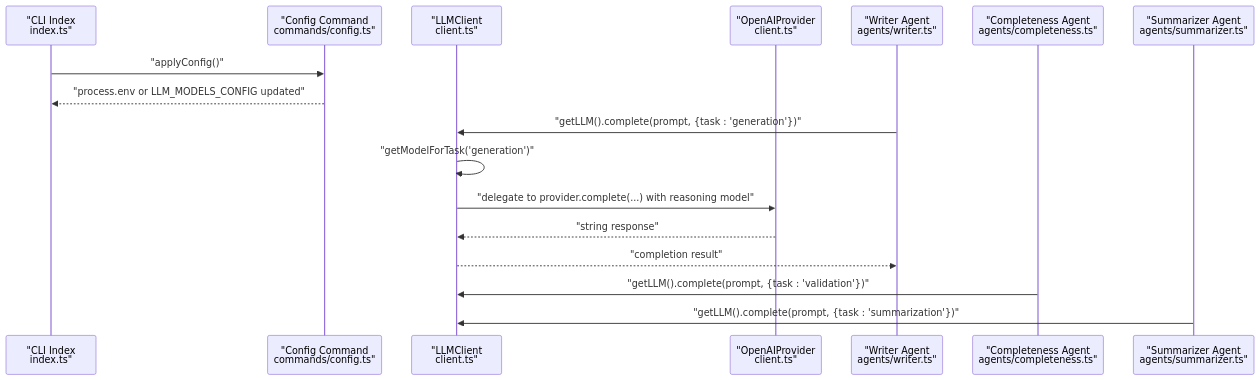
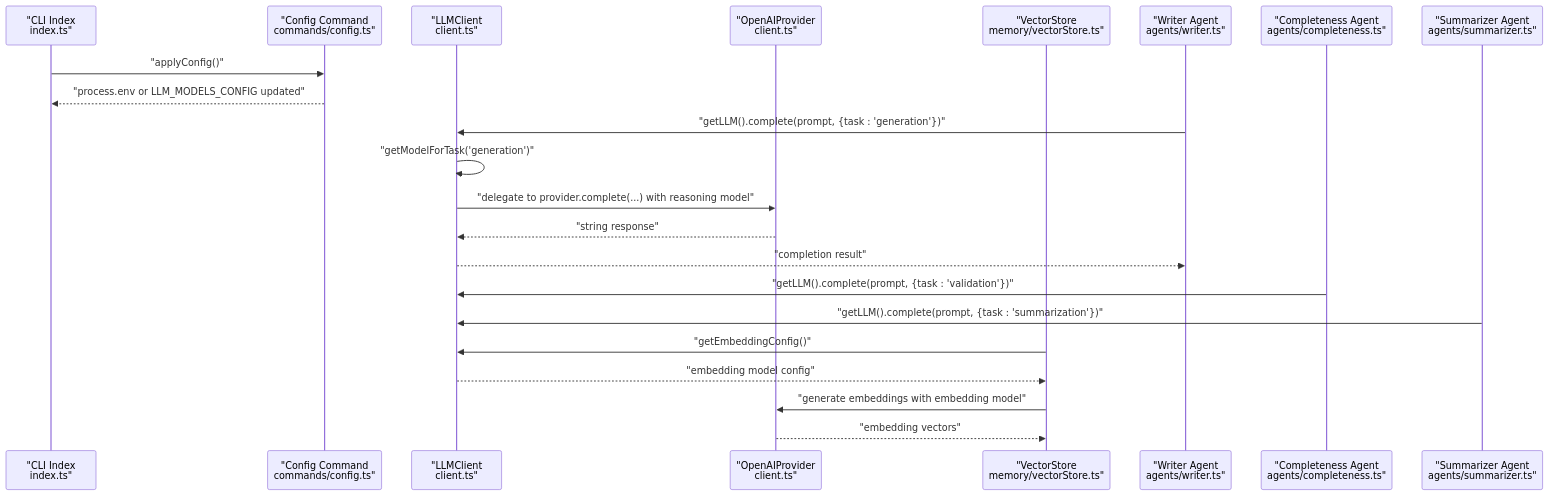
Before and after one commit to liwonder/NARRITIVE_OS: the second of 7 diagrams in .qoder/repowiki/en/content/Engine Architecture/LLM Integration Layer.md, drawn with Mermaid. The commit also changed other lines of this file and 78 other files, not shown here.

````diff
--- a/.qoder/repowiki/en/content/Engine Architecture/LLM Integration Layer.md
+++ b/.qoder/repowiki/en/content/Engine Architecture/LLM Integration Layer.md
@@ -131,19 +144,24 @@
 ```mermaid
 sequenceDiagram
 participant CLI as "CLI Index<br/>index.ts"
 participant CFG as "Config Command<br/>commands/config.ts"
 participant LLM as "LLMClient<br/>client.ts"
 participant Prov as "OpenAIProvider<br/>client.ts"
+participant VS as "VectorStore<br/>memory/vectorStore.ts"
 participant AgentW as "Writer Agent<br/>agents/writer.ts"
 participant AgentC as "Completeness Agent<br/>agents/completeness.ts"
 participant AgentS as "Summarizer Agent<br/>agents/summarizer.ts"
 CLI->>CFG : "applyConfig()"
 CFG-->>CLI : "process.env or LLM_MODELS_CONFIG updated"
 AgentW->>LLM : "getLLM().complete(prompt, {task : 'generation'})"
 LLM->>LLM : "getModelForTask('generation')"
 LLM->>Prov : "delegate to provider.complete(...) with reasoning model"
 Prov-->>LLM : "string response"
 LLM-->>AgentW : "completion result"
 AgentC->>LLM : "getLLM().complete(prompt, {task : 'validation'})"
 AgentS->>LLM : "getLLM().complete(prompt, {task : 'summarization'})"
+VS->>LLM : "getEmbeddingConfig()"
+LLM-->>VS : "embedding model config"
+VS->>Prov : "generate embeddings with embedding model"
+Prov-->>VS : "embedding vectors"
 ```
````
